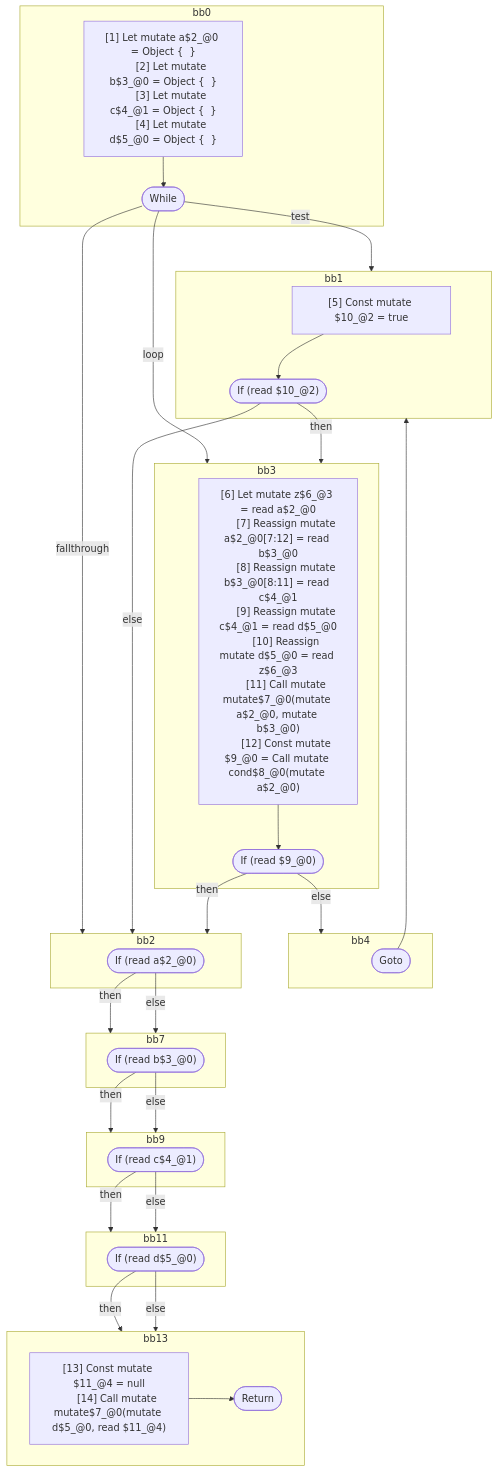
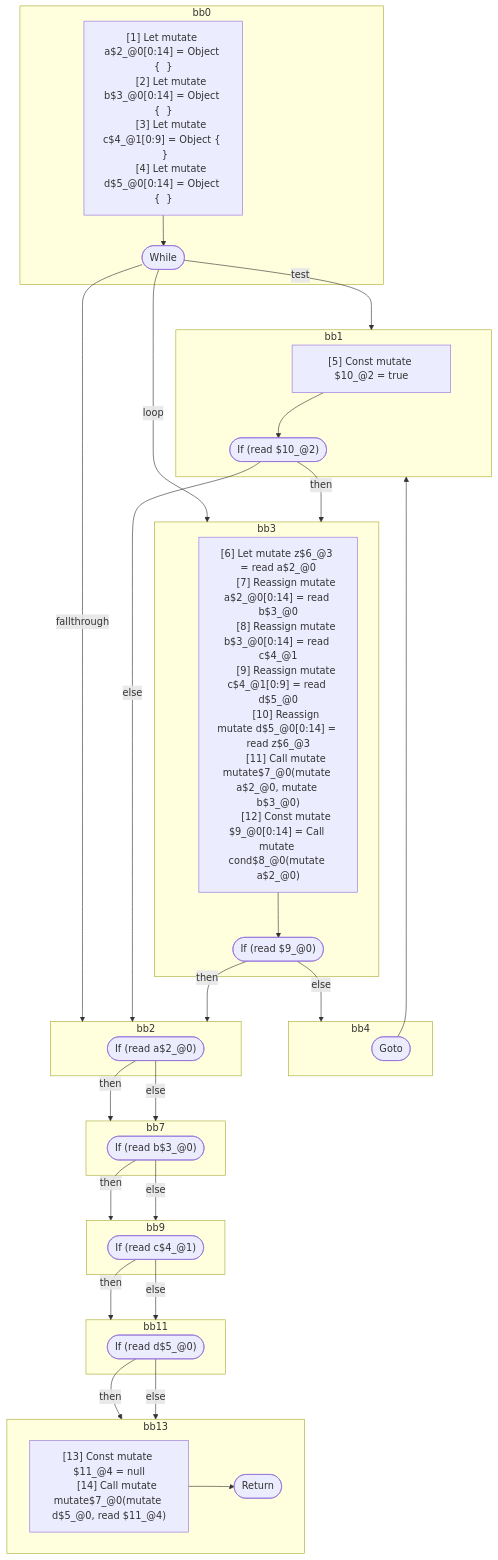
The third of 3 diagrams in compiler/forget/src/__tests__/fixtures/hir/mutable-lifetime-loops.expect.md (wutsmog/private), drawn with Mermaid before and after one commit. The commit also changed other lines of this file and 33 other files, not shown here.

````diff
--- a/compiler/forget/src/__tests__/fixtures/hir/mutable-lifetime-loops.expect.md
+++ b/compiler/forget/src/__tests__/fixtures/hir/mutable-lifetime-loops.expect.md
@@ -145,72 +145,72 @@
 ```mermaid
 flowchart TB
   %% Basic Blocks
   subgraph bb0
     bb0_instrs["
-      [1] Let mutate a$2_@0 = Object {  }
-      [2] Let mutate b$3_@0 = Object {  }
-      [3] Let mutate c$4_@1 = Object {  }
-      [4] Let mutate d$5_@0 = Object {  }
+      [1] Let mutate a$2_@0[0:14] = Object {  }
+      [2] Let mutate b$3_@0[0:14] = Object {  }
+      [3] Let mutate c$4_@1[0:9] = Object {  }
+      [4] Let mutate d$5_@0[0:14] = Object {  }
     "]
     bb0_instrs --> bb0_terminal(["While"])
   end
   subgraph bb1
     bb1_instrs["
       [5] Const mutate $10_@2 = true
     "]
     bb1_instrs --> bb1_terminal(["If (read $10_@2)"])
   end
   subgraph bb3
     bb3_instrs["
       [6] Let mutate z$6_@3 = read a$2_@0
-      [7] Reassign mutate a$2_@0[7:12] = read b$3_@0
-      [8] Reassign mutate b$3_@0[8:11] = read c$4_@1
-      [9] Reassign mutate c$4_@1 = read d$5_@0
-      [10] Reassign mutate d$5_@0 = read z$6_@3
+      [7] Reassign mutate a$2_@0[0:14] = read b$3_@0
+      [8] Reassign mutate b$3_@0[0:14] = read c$4_@1
+      [9] Reassign mutate c$4_@1[0:9] = read d$5_@0
+      [10] Reassign mutate d$5_@0[0:14] = read z$6_@3
       [11] Call mutate mutate$7_@0(mutate a$2_@0, mutate b$3_@0)
-      [12] Const mutate $9_@0 = Call mutate cond$8_@0(mutate a$2_@0)
+      [12] Const mutate $9_@0[0:14] = Call mutate cond$8_@0(mutate a$2_@0)
     "]
     bb3_instrs --> bb3_terminal(["If (read $9_@0)"])
   end
   subgraph bb4
     bb4_terminal(["Goto"])
   end
   subgraph bb2
     bb2_terminal(["If (read a$2_@0)"])
   end
   subgraph bb7
     bb7_terminal(["If (read b$3_@0)"])
   end
   subgraph bb9
     bb9_terminal(["If (read c$4_@1)"])
   end
   subgraph bb11
     bb11_terminal(["If (read d$5_@0)"])
   end
   subgraph bb13
     bb13_instrs["
       [13] Const mutate $11_@4 = null
       [14] Call mutate mutate$7_@0(mutate d$5_@0, read $11_@4)
     "]
     bb13_instrs --> bb13_terminal(["Return"])
   end
 
   %% Jumps
   bb0_terminal -- test --> bb1
   bb0_terminal -- loop --> bb3
   bb0_terminal -- fallthrough --> bb2
   bb1_terminal -- then --> bb3
   bb1_terminal -- else --> bb2
   bb3_terminal -- then --> bb2
   bb3_terminal -- else --> bb4
   bb4_terminal --> bb1
   bb2_terminal -- then --> bb7
   bb2_terminal -- else --> bb7
   bb7_terminal -- then --> bb9
   bb7_terminal -- else --> bb9
   bb9_terminal -- then --> bb11
   bb9_terminal -- else --> bb11
   bb11_terminal -- then --> bb13
   bb11_terminal -- else --> bb13
 
 ```
````
